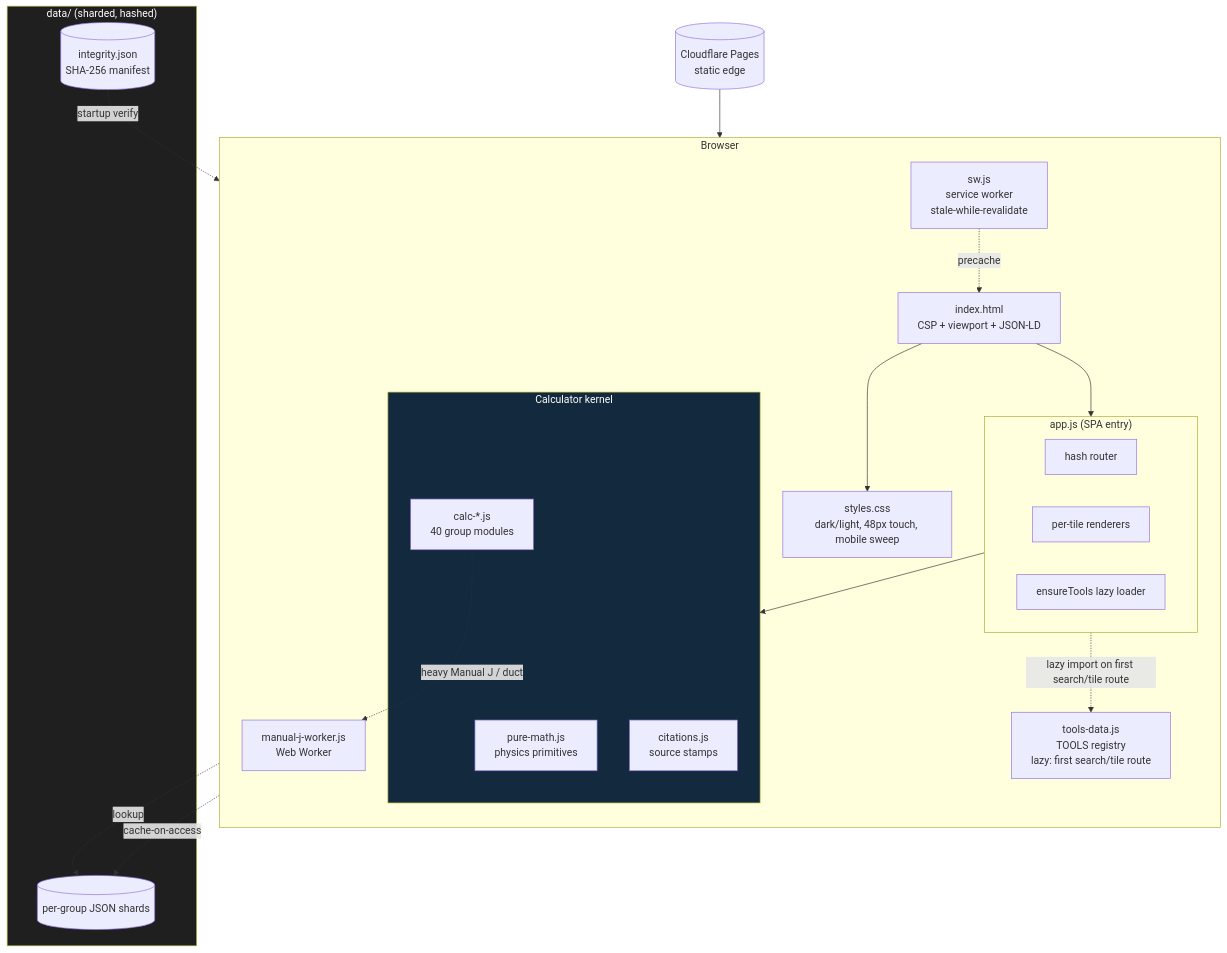
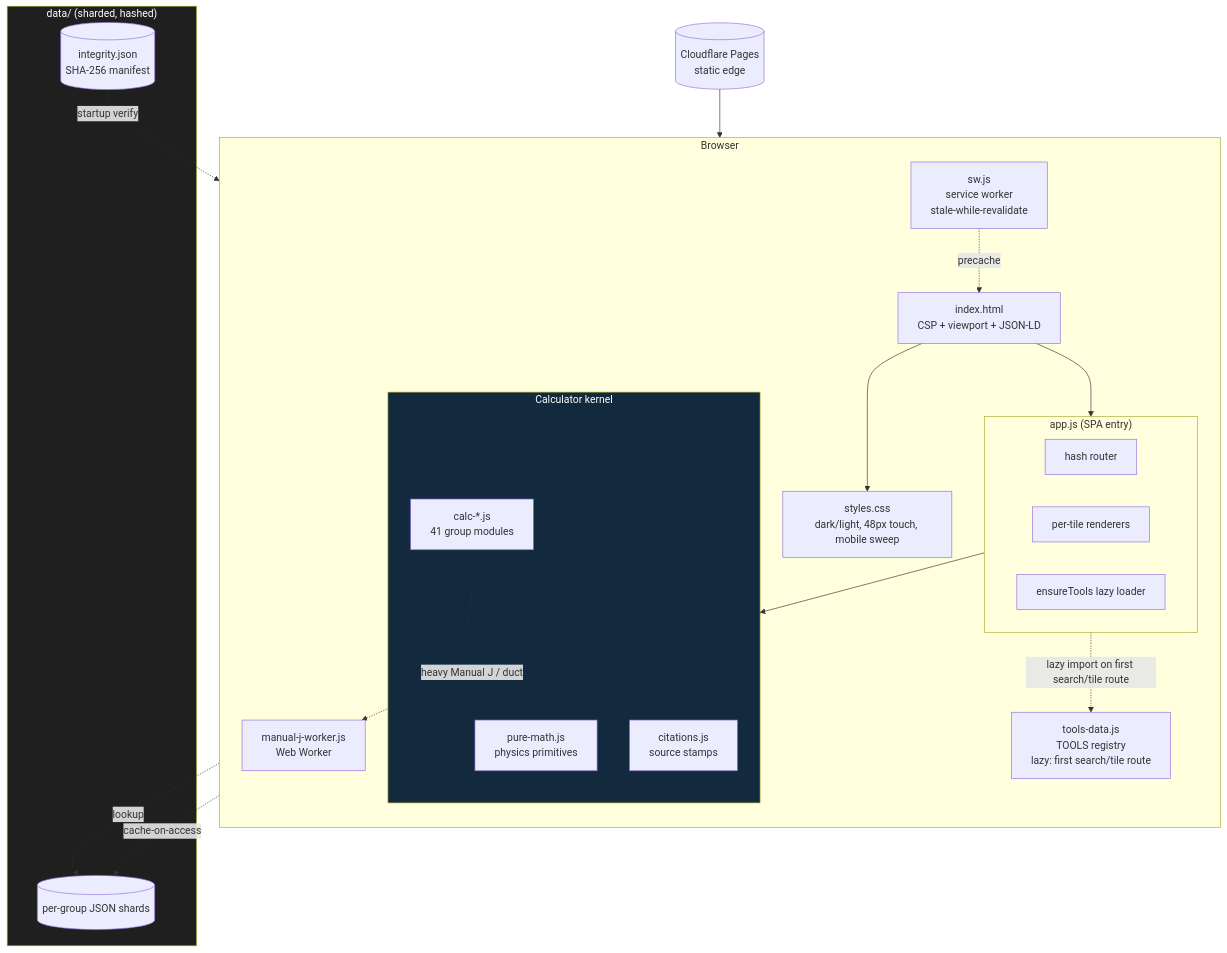
One commit to clay-good/roughlogic.com changed the second of 8 diagrams in README.md. Above: the diagram before and after it, drawn with Mermaid. The commit also changed other lines of this file and 12 other files, not shown here.

First line of the commit message:
refactor(modules): spec-v78 cap-relief split -- appliance/service bench -> new calc-service.js (0.63.8->0.63.9, catalog holds 624)

````diff
--- a/README.md
+++ b/README.md
@@ -77,39 +77,39 @@
 ```mermaid
 flowchart TB
     subgraph Browser
         direction TB
         HTML[index.html\nCSP + viewport + JSON-LD]
         CSS[styles.css\ndark/light, 48px touch, mobile sweep]
         subgraph App["app.js (SPA entry)"]
             ROUTE[hash router]
             RENDER[per-tile renderers]
             ENSURE[ensureTools lazy loader]
         end
         TOOLS[tools-data.js\nTOOLS registry\nlazy: first search/tile route]
         subgraph Calc["Calculator kernel"]
             PM[pure-math.js\nphysics primitives]
-            CALC[calc-*.js\n40 group modules]
+            CALC[calc-*.js\n41 group modules]
             CIT[citations.js\nsource stamps]
         end
         SW[sw.js\nservice worker\nstale-while-revalidate]
         WORKER[manual-j-worker.js\nWeb Worker]
     end
     subgraph Data["data/ (sharded, hashed)"]
         SHARDS[(per-group JSON shards)]
         INTEG[(integrity.json\nSHA-256 manifest)]
     end
     CDN[(Cloudflare Pages\nstatic edge)]
 
     CDN --> HTML
     HTML --> CSS
     HTML --> App
     App -.lazy import on first search/tile route.-> TOOLS
     App --> Calc
     CALC -.->|heavy Manual J / duct| WORKER
     CALC -.->|lookup| SHARDS
     SW -.precache.-> HTML
     SW -.cache-on-access.-> SHARDS
     INTEG -.startup verify.-> App
     style Calc fill:#13293d,color:#fff
     style Data fill:#1f1f1f,color:#fff
 ```
````
